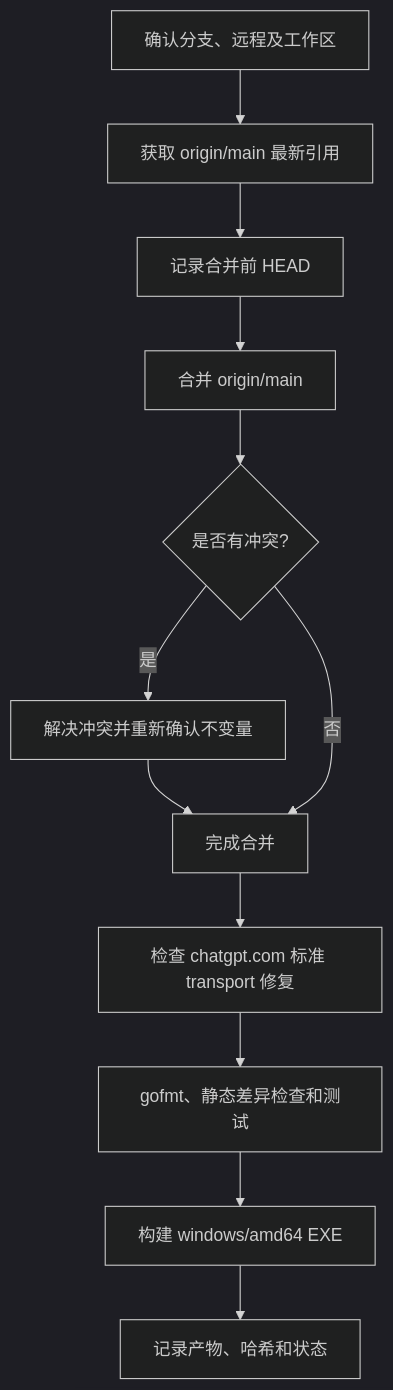
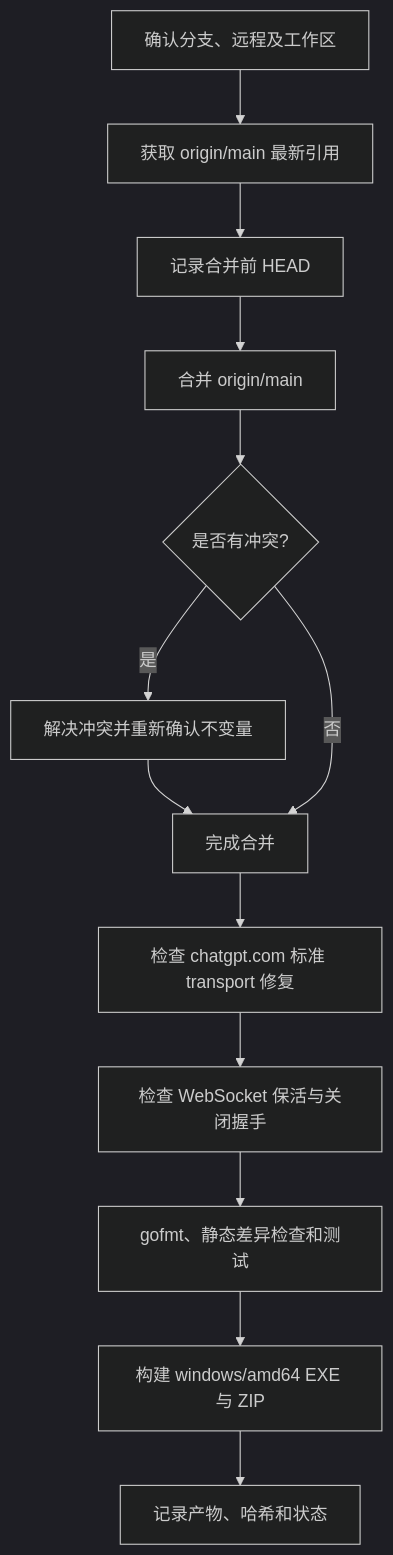
One commit to router-for-me/CLIProxyAPI changed the diagram in docs/merge-origin-main-build-windows_CN.md. Above: the diagram before and after it, drawn with Mermaid (dark theme). The commit also changed other lines of this file and 6 other files, not shown here.

````diff
--- a/docs/merge-origin-main-build-windows_CN.md
+++ b/docs/merge-origin-main-build-windows_CN.md
@@ -21,14 +44,15 @@
 ```mermaid
 flowchart TD
     A[确认分支、远程及工作区] --> B[获取 origin/main 最新引用]
     B --> C[记录合并前 HEAD]
     C --> D[合并 origin/main]
     D --> E{是否有冲突?}
     E -- 是 --> F[解决冲突并重新确认不变量]
     F --> G[完成合并]
     E -- 否 --> G
     G --> H[检查 chatgpt.com 标准 transport 修复]
-    H --> I[gofmt、静态差异检查和测试]
-    I --> J[构建 windows/amd64 EXE]
-    J --> K[记录产物、哈希和状态]
+    H --> I[检查 WebSocket 保活与关闭握手]
+    I --> J[gofmt、静态差异检查和测试]
+    J --> K[构建 windows/amd64 EXE 与 ZIP]
+    K --> L[记录产物、哈希和状态]
 ```
````
